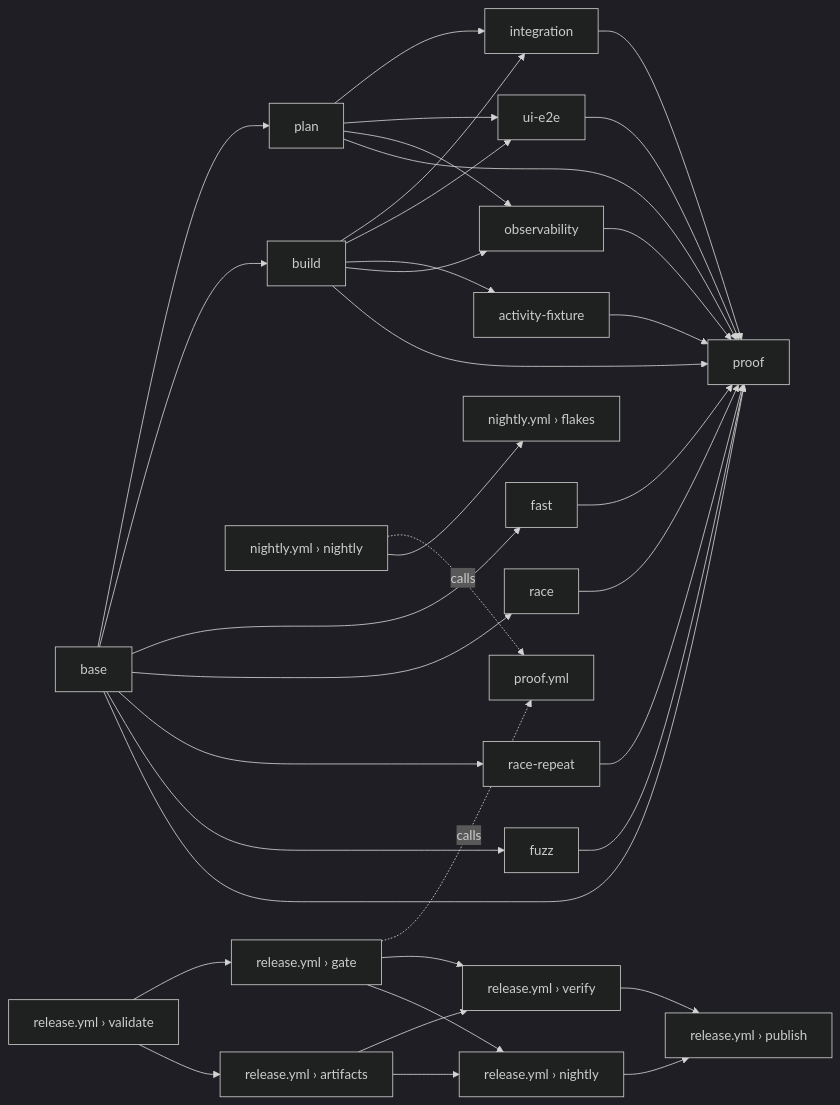
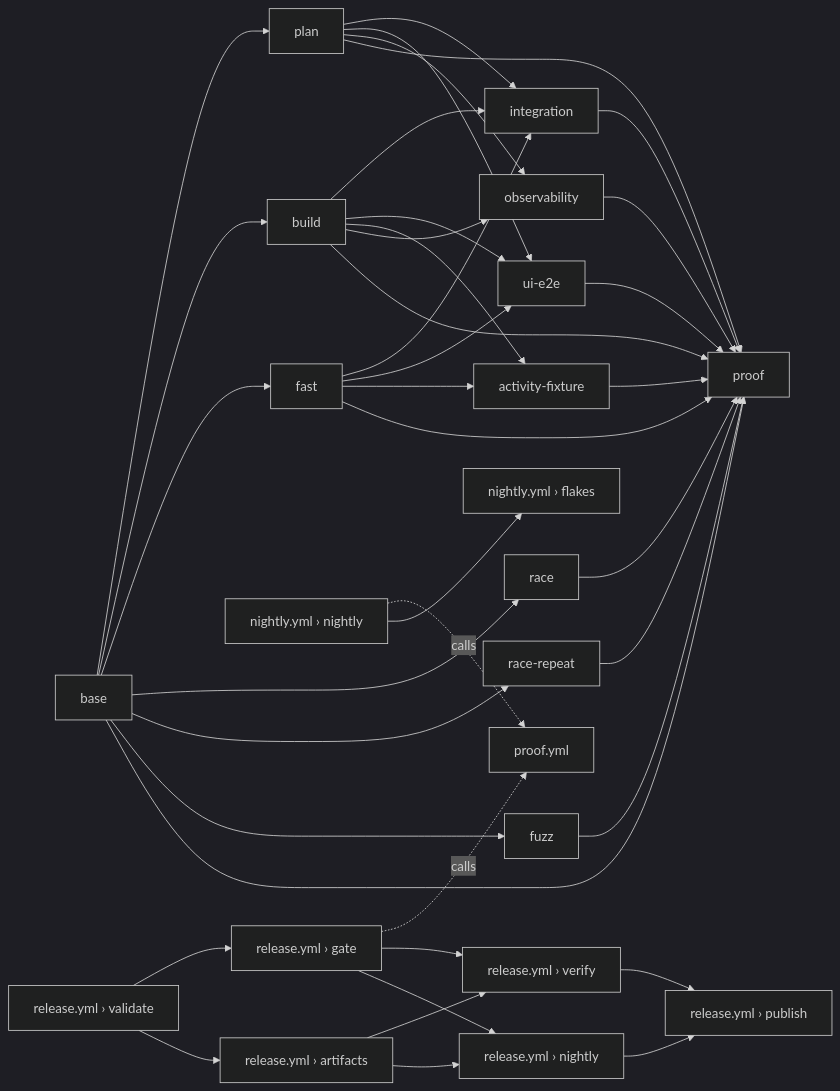
The diagram in docs/PROOFS.md (orkstack/orkstack), drawn with Mermaid (dark theme) before and after one commit. The commit also changed other lines of this file and 5 other files, not shown here.

````diff
--- a/docs/PROOFS.md
+++ b/docs/PROOFS.md
@@ -608,13 +609,14 @@
 ```mermaid
 flowchart LR
   base --> plan & build & fast & race & race_repeat["race-repeat"] & fuzz
   plan --> integration & ui_e2e["ui-e2e"] & observability
   build --> integration & ui_e2e & activity_fixture["activity-fixture"] & observability
+  fast --> integration & ui_e2e & activity_fixture
   base & plan & build & fast & race & race_repeat & fuzz & integration & ui_e2e & activity_fixture & observability --> proof
   nightly["nightly.yml › nightly"] -. calls .-> callee["proof.yml"]
   gate["release.yml › gate"] -. calls .-> callee
   validate["release.yml › validate"] --> gate --> verify["release.yml › verify"]
   validate --> artifacts["release.yml › artifacts"] --> verify --> publish["release.yml › publish"]
   gate & artifacts --> release_nightly["release.yml › nightly"] --> publish
   nightly --> flakes["nightly.yml › flakes"]
 ```
````
